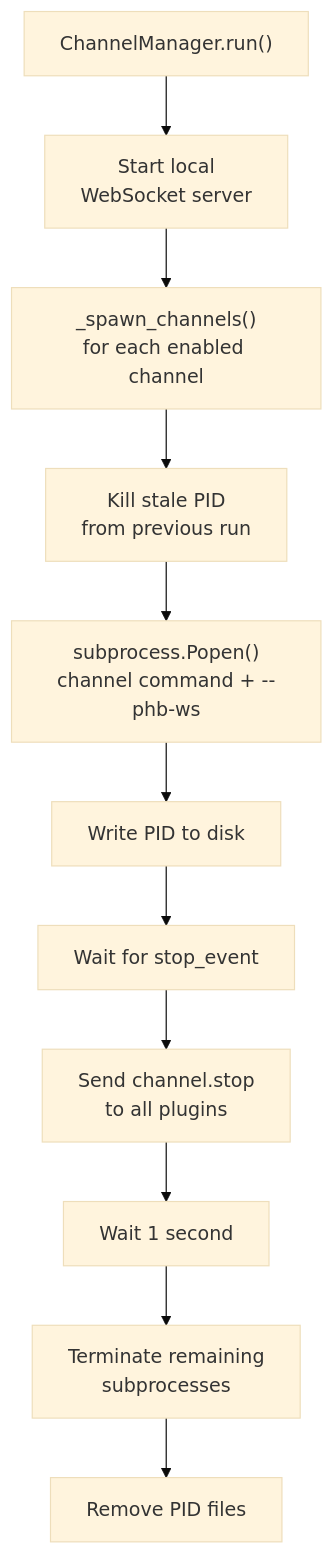
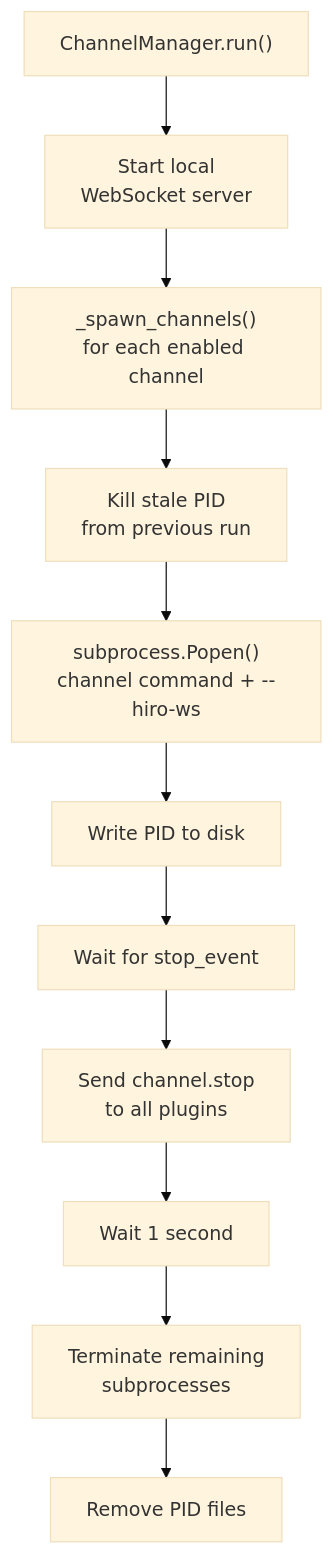
The diagram in mintdocs/architecture/channel-manager.mdx (rendermagix/hiroleague), drawn with Mermaid (base theme) before and after one commit. The commit also changed other lines of this file and 260 other files, not shown here.

Commit message:
refactoring phb into hiro

````diff
--- a/mintdocs/architecture/channel-manager.mdx
+++ b/mintdocs/architecture/channel-manager.mdx
@@ -31,25 +31,25 @@
 ```mermaid actions={true} placement="top-right"
 graph TD
     START["ChannelManager.run()"]
     WS["Start local<br/>WebSocket server"]
     SPAWN["_spawn_channels()<br/>for each enabled channel"]
     KILL["Kill stale PID<br/>from previous run"]
-    PROC["subprocess.Popen()<br/>channel command + --phb-ws"]
+    PROC["subprocess.Popen()<br/>channel command + --hiro-ws"]
     PID["Write PID to disk"]
     WAIT["Wait for stop_event"]
     STOP["Send channel.stop<br/>to all plugins"]
     SLEEP["Wait 1 second"]
     TERM["Terminate remaining<br/>subprocesses"]
     CLEAN["Remove PID files"]
 
     START --> WS
     WS --> SPAWN
     SPAWN --> KILL
     KILL --> PROC
     PROC --> PID
     PID --> WAIT
     WAIT --> STOP
     STOP --> SLEEP
     SLEEP --> TERM
     TERM --> CLEAN
 ```
````
